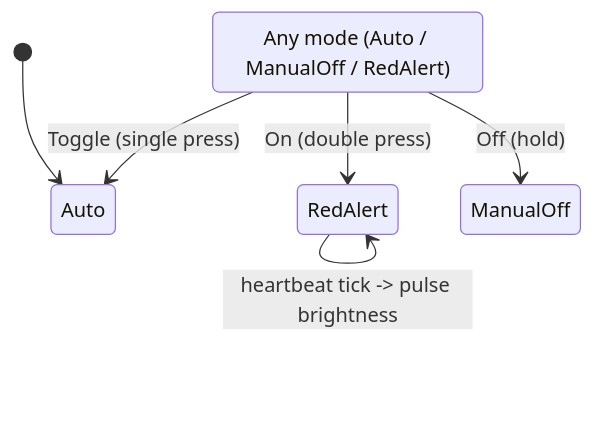
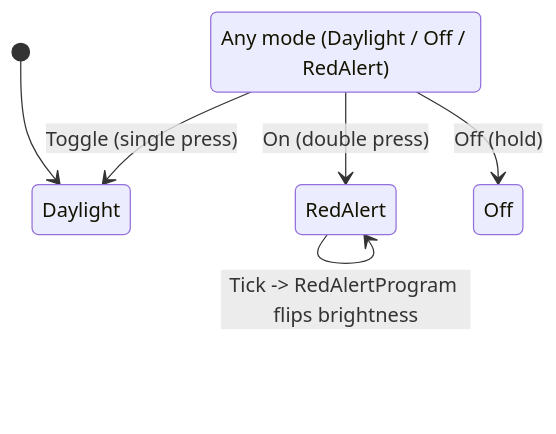
The third of 3 diagrams in DESIGN.md (bjerre/sunsim), drawn with Mermaid before and after one commit. The commit also changed 26 other files, not shown here.

First line of the commit message:
Every mode is a Program; LightOutput no longer knows modes

````diff
--- a/DESIGN.md
+++ b/DESIGN.md
@@ -129,9 +129,9 @@
 ```mermaid
 stateDiagram-v2
-    state "Any mode (Auto / ManualOff / RedAlert)" as Any
-    [*] --> Auto
-    Any --> Auto: Toggle (single press)
+    state "Any mode (Daylight / Off / RedAlert)" as Any
+    [*] --> Daylight
+    Any --> Daylight: Toggle (single press)
     Any --> RedAlert: On (double press)
-    Any --> ManualOff: Off (hold)
-    RedAlert --> RedAlert: heartbeat tick -> pulse brightness
+    Any --> Off: Off (hold)
+    RedAlert --> RedAlert: Tick -> RedAlertProgram flips brightness
 ```
````
